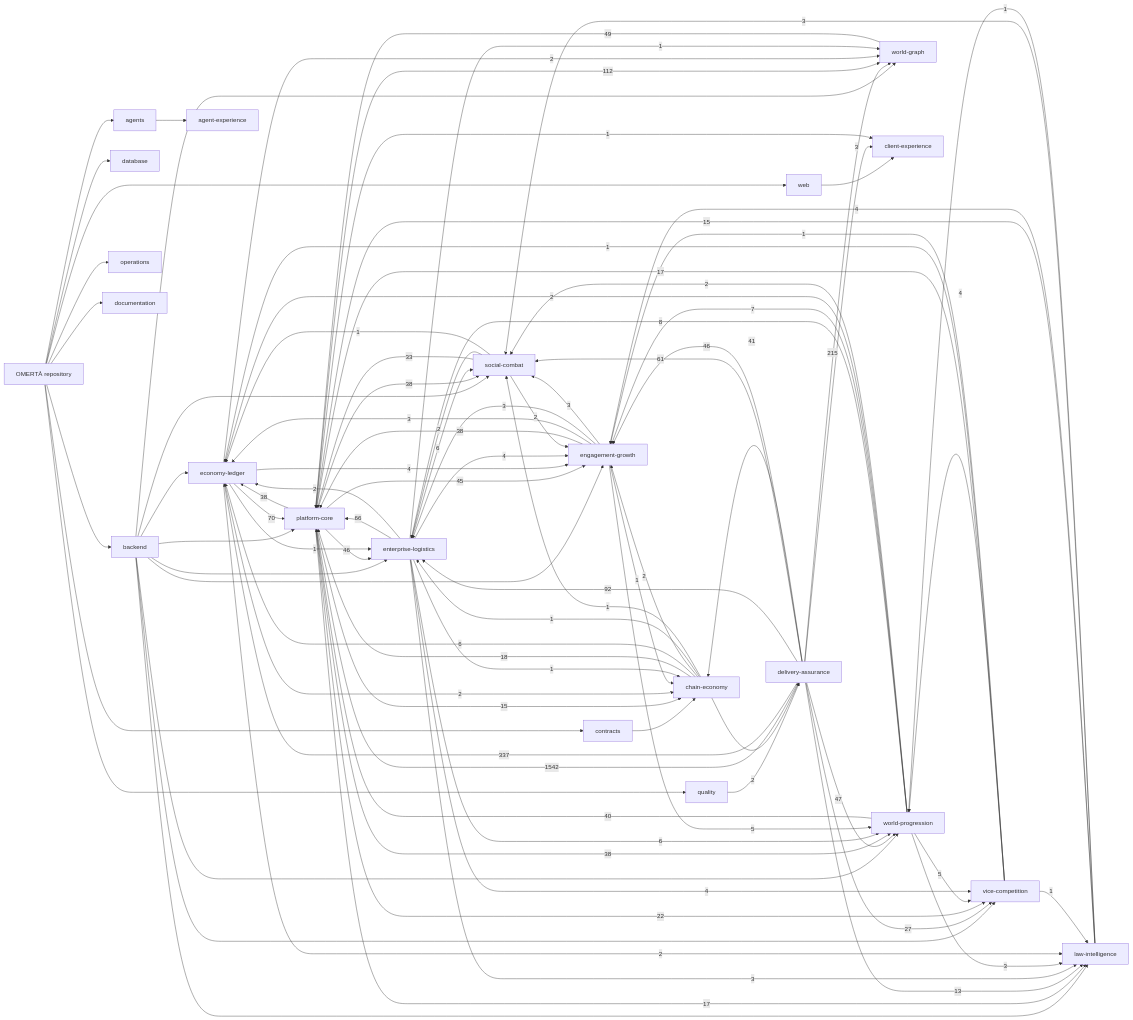
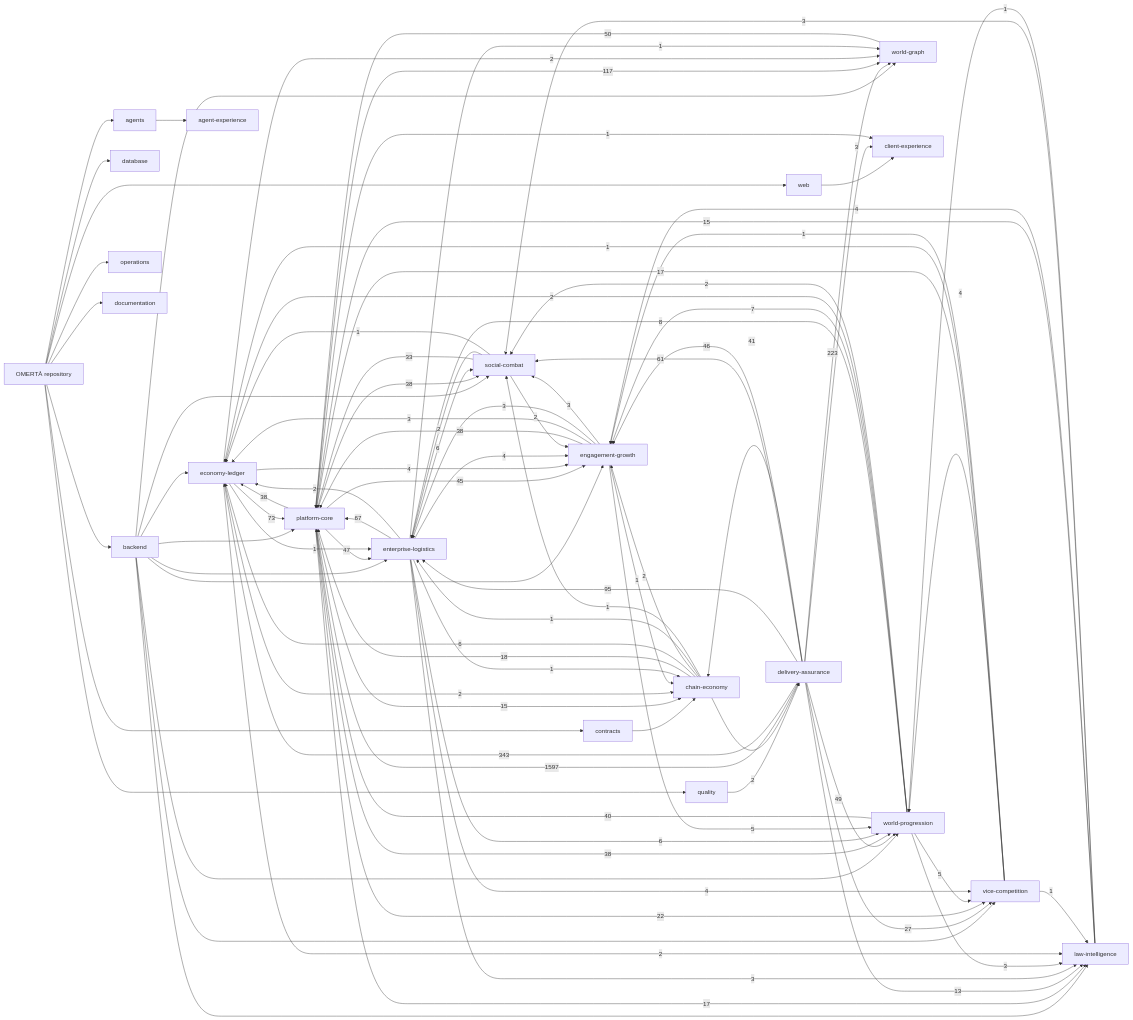
The diagram in knowledge/generated/graph.mmd (OmertaDev/Omerta), drawn with Mermaid before and after one commit. The commit also changed 8 other files, not shown here.

```diff
--- a/knowledge/generated/graph.mmd
+++ b/knowledge/generated/graph.mmd
@@ -1,113 +1,113 @@
 flowchart LR
   repo["OMERTÀ repository"]
   sub_backend["backend"]
   repo --> sub_backend
   sub_database["database"]
   repo --> sub_database
   sub_web["web"]
   repo --> sub_web
   sub_contracts["contracts"]
   repo --> sub_contracts
   sub_agents["agents"]
   repo --> sub_agents
   sub_quality["quality"]
   repo --> sub_quality
   sub_operations["operations"]
   repo --> sub_operations
   sub_documentation["documentation"]
   repo --> sub_documentation
   dom_platform-core["platform-core"]
   dom_economy-ledger["economy-ledger"]
   dom_social-combat["social-combat"]
   dom_world-progression["world-progression"]
   dom_world-graph["world-graph"]
   dom_enterprise-logistics["enterprise-logistics"]
   dom_vice-competition["vice-competition"]
   dom_law-intelligence["law-intelligence"]
   dom_chain-economy["chain-economy"]
   dom_engagement-growth["engagement-growth"]
   dom_client-experience["client-experience"]
   dom_agent-experience["agent-experience"]
   dom_delivery-assurance["delivery-assurance"]
   sub_agents --> dom_agent-experience
   sub_backend --> dom_economy-ledger
   sub_backend --> dom_engagement-growth
   sub_backend --> dom_enterprise-logistics
   sub_backend --> dom_law-intelligence
   sub_backend --> dom_platform-core
   sub_backend --> dom_social-combat
   sub_backend --> dom_vice-competition
   sub_backend --> dom_world-graph
   sub_backend --> dom_world-progression
   sub_contracts --> dom_chain-economy
   sub_quality --> dom_delivery-assurance
   sub_web --> dom_client-experience
-  dom_delivery-assurance -->|1542| dom_platform-core
-  dom_delivery-assurance -->|337| dom_economy-ledger
-  dom_delivery-assurance -->|215| dom_world-graph
-  dom_platform-core -->|112| dom_world-graph
-  dom_delivery-assurance -->|92| dom_enterprise-logistics
-  dom_economy-ledger -->|70| dom_platform-core
-  dom_enterprise-logistics -->|66| dom_platform-core
+  dom_delivery-assurance -->|1597| dom_platform-core
+  dom_delivery-assurance -->|343| dom_economy-ledger
+  dom_delivery-assurance -->|223| dom_world-graph
+  dom_platform-core -->|117| dom_world-graph
+  dom_delivery-assurance -->|95| dom_enterprise-logistics
+  dom_economy-ledger -->|73| dom_platform-core
+  dom_enterprise-logistics -->|67| dom_platform-core
   dom_delivery-assurance -->|61| dom_social-combat
-  dom_world-graph -->|49| dom_platform-core
-  dom_delivery-assurance -->|47| dom_world-progression
+  dom_world-graph -->|50| dom_platform-core
+  dom_delivery-assurance -->|49| dom_world-progression
+  dom_platform-core -->|47| dom_enterprise-logistics
   dom_delivery-assurance -->|46| dom_engagement-growth
-  dom_platform-core -->|46| dom_enterprise-logistics
   dom_platform-core -->|45| dom_engagement-growth
   dom_delivery-assurance -->|41| dom_chain-economy
   dom_world-progression -->|40| dom_platform-core
   dom_engagement-growth -->|38| dom_platform-core
   dom_platform-core -->|38| dom_economy-ledger
   dom_platform-core -->|38| dom_social-combat
   dom_platform-core -->|38| dom_world-progression
   dom_social-combat -->|33| dom_platform-core
   dom_delivery-assurance -->|27| dom_vice-competition
   dom_platform-core -->|22| dom_vice-competition
   dom_chain-economy -->|18| dom_platform-core
   dom_platform-core -->|17| dom_law-intelligence
   dom_vice-competition -->|17| dom_platform-core
   dom_law-intelligence -->|15| dom_platform-core
   dom_platform-core -->|15| dom_chain-economy
   dom_delivery-assurance -->|13| dom_law-intelligence
   dom_world-progression -->|8| dom_enterprise-logistics
   dom_world-progression -->|7| dom_engagement-growth
   dom_chain-economy -->|6| dom_economy-ledger
   dom_enterprise-logistics -->|6| dom_social-combat
   dom_enterprise-logistics -->|6| dom_world-progression
   dom_engagement-growth -->|5| dom_world-progression
   dom_world-progression -->|5| dom_vice-competition
   dom_economy-ledger -->|4| dom_engagement-growth
   dom_enterprise-logistics -->|4| dom_engagement-growth
   dom_enterprise-logistics -->|4| dom_vice-competition
   dom_law-intelligence -->|4| dom_engagement-growth
   dom_vice-competition -->|4| dom_world-progression
   dom_delivery-assurance -->|3| dom_client-experience
   dom_engagement-growth -->|3| dom_economy-ledger
   dom_engagement-growth -->|3| dom_enterprise-logistics
   dom_engagement-growth -->|3| dom_social-combat
   dom_enterprise-logistics -->|3| dom_law-intelligence
   dom_law-intelligence -->|3| dom_social-combat
   dom_world-progression -->|3| dom_law-intelligence
   dom_chain-economy -->|2| dom_delivery-assurance
   dom_chain-economy -->|2| dom_engagement-growth
   dom_economy-ledger -->|2| dom_chain-economy
   dom_economy-ledger -->|2| dom_law-intelligence
   dom_economy-ledger -->|2| dom_world-graph
   dom_enterprise-logistics -->|2| dom_economy-ledger
   dom_social-combat -->|2| dom_engagement-growth
   dom_social-combat -->|2| dom_enterprise-logistics
   dom_world-progression -->|2| dom_economy-ledger
   dom_world-progression -->|2| dom_social-combat
   dom_chain-economy -->|1| dom_enterprise-logistics
   dom_chain-economy -->|1| dom_social-combat
   dom_economy-ledger -->|1| dom_enterprise-logistics
   dom_engagement-growth -->|1| dom_chain-economy
   dom_enterprise-logistics -->|1| dom_chain-economy
   dom_enterprise-logistics -->|1| dom_world-graph
   dom_law-intelligence -->|1| dom_world-progression
   dom_platform-core -->|1| dom_client-experience
   dom_social-combat -->|1| dom_economy-ledger
   dom_vice-competition -->|1| dom_economy-ledger
   dom_vice-competition -->|1| dom_engagement-growth
   dom_vice-competition -->|1| dom_law-intelligence
```
